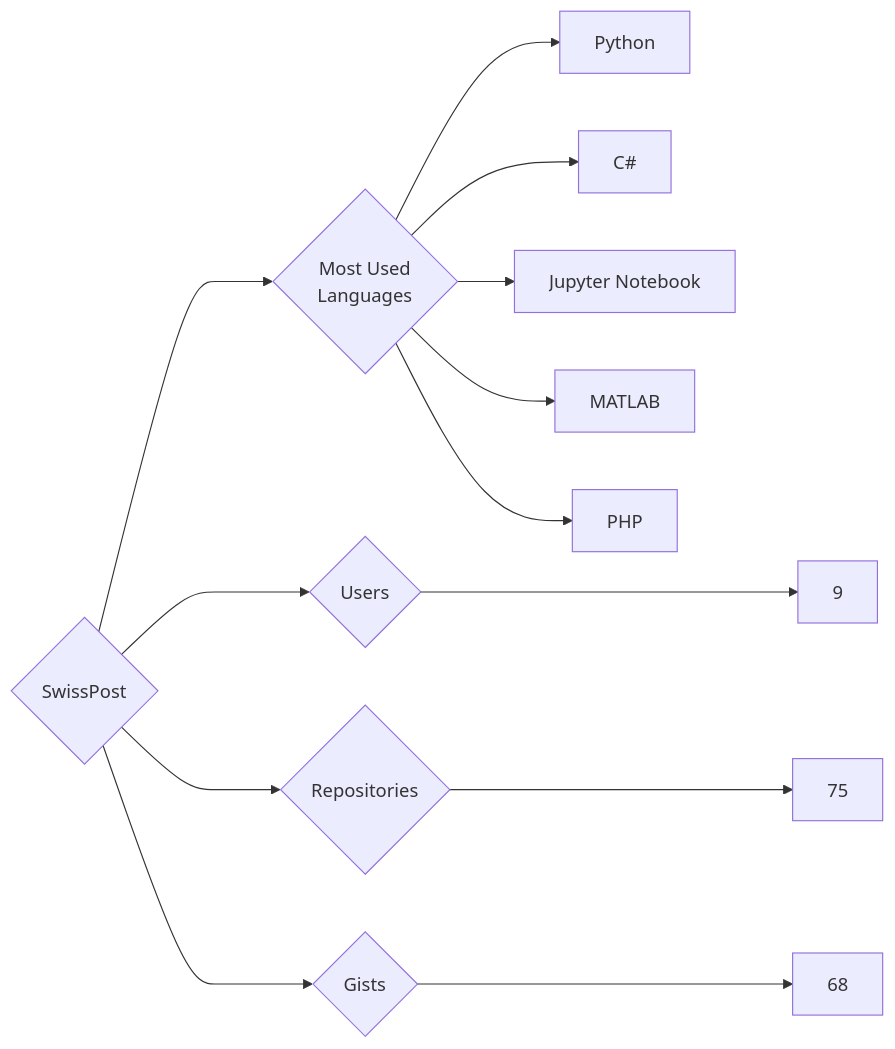
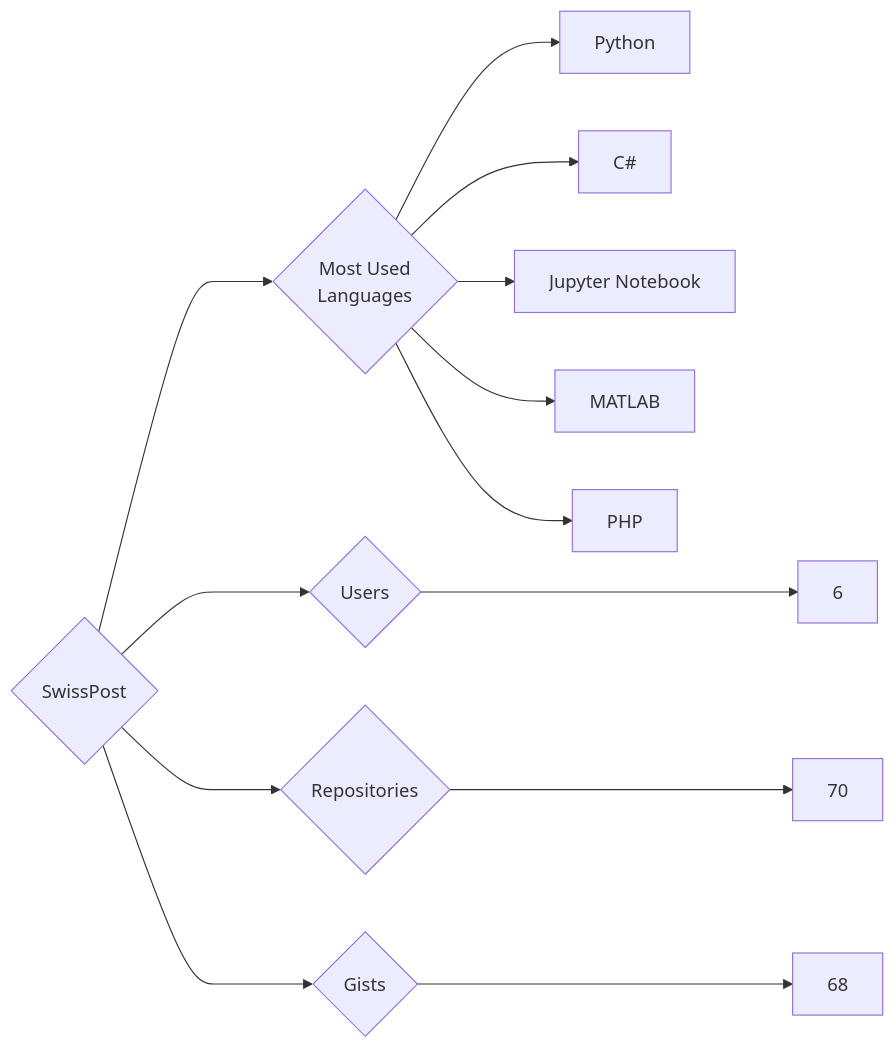
Before and after one commit to trickest/insiders: the diagram in targets/SwissPost/README.md, drawn with Mermaid. The commit also changed 748 other files, not shown here.

````diff
--- a/targets/SwissPost/README.md
+++ b/targets/SwissPost/README.md
@@ -3,13 +3,13 @@
 ```mermaid
 graph LR
 COMPANY_NAME{SwissPost}
-COMPANY_NAME ---> U{Users} ---> UN[9]
-COMPANY_NAME ---> R{Repositories} ---> RN[75]
+COMPANY_NAME ---> U{Users} ---> UN[6]
+COMPANY_NAME ---> R{Repositories} ---> RN[70]
 COMPANY_NAME ---> G{Gists} ---> GN[68]
 COMPANY_NAME ---> ML{Most Used<br>Languages}
 ML --> Python[Python]
 ML --> C#[C#]
 ML --> Jupyter_Notebook[Jupyter Notebook]
 ML --> MATLAB[MATLAB]
 ML --> PHP[PHP]
 ```
````
